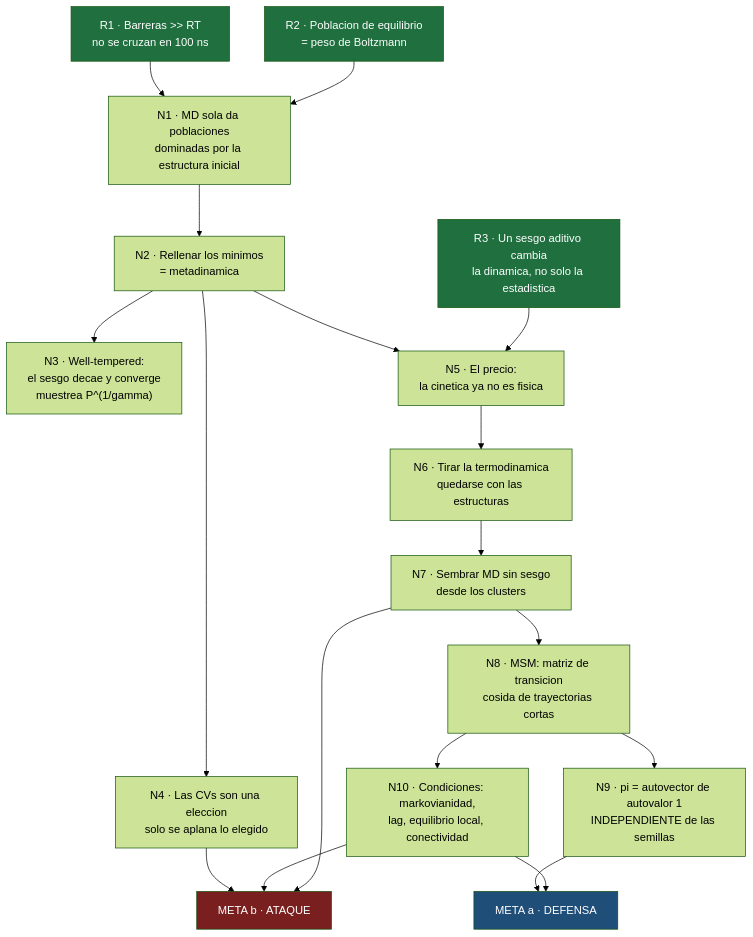
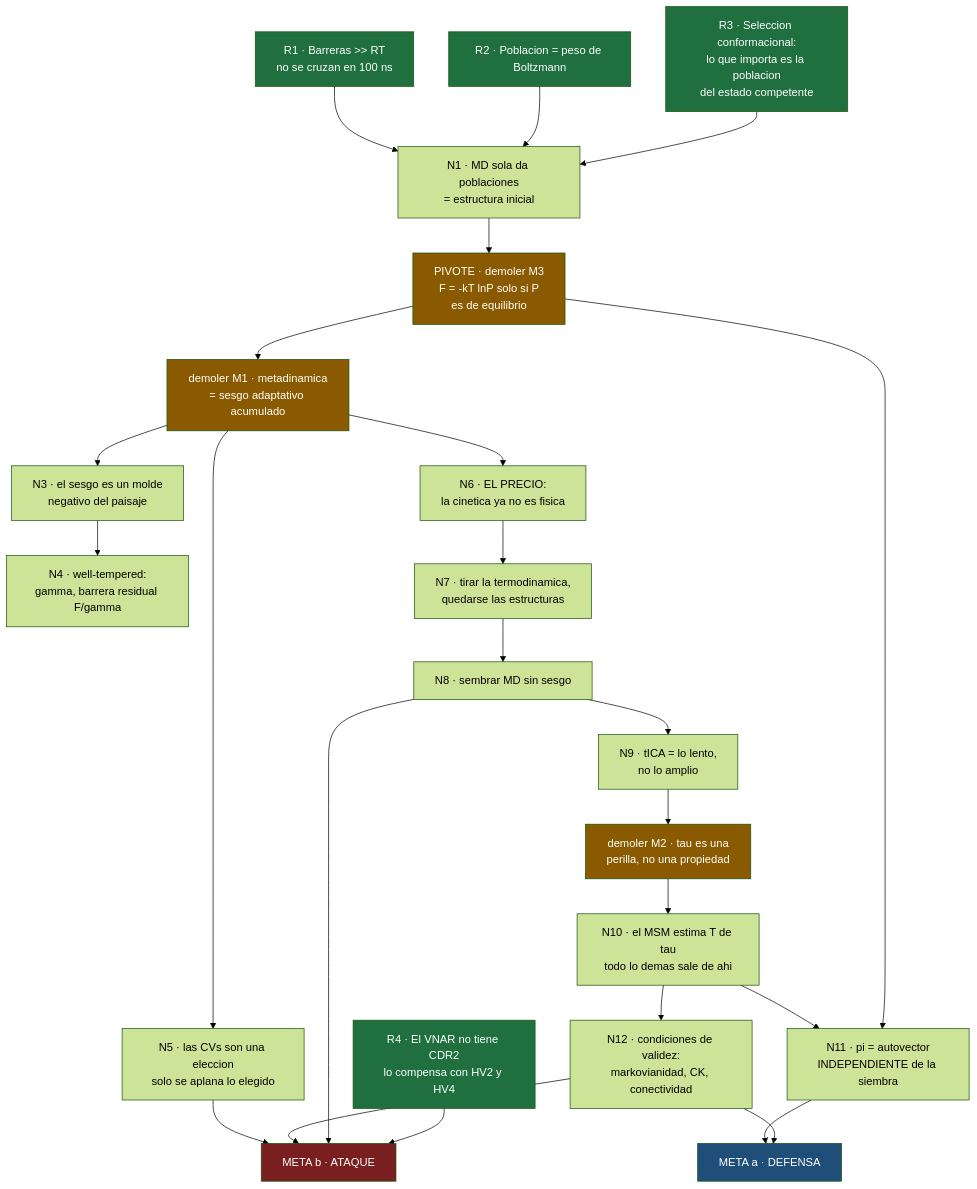
One commit to enzoxxaa/cerebro changed the diagram in learn/Seminario-VNAR/01 Plan de aprendizaje.md. Above: the diagram before and after it, drawn with Mermaid (forest theme). The commit also changed other lines of this file and 3 other files, not shown here.

````diff
--- a/learn/Seminario-VNAR/01 Plan de aprendizaje.md
+++ b/learn/Seminario-VNAR/01 Plan de aprendizaje.md
@@ -47,36 +70,47 @@
 ```mermaid
 graph TD
-    U1["R1 · Barreras >> RT<br/>no se cruzan en 100 ns"]
-    U2["R2 · Poblacion de equilibrio<br/>= peso de Boltzmann"]
-    U3["R3 · Un sesgo aditivo cambia<br/>la dinamica, no solo la estadistica"]
+    R1["R1 · Barreras >> RT<br/>no se cruzan en 100 ns"]
+    R2["R2 · Poblacion = peso de Boltzmann"]
+    R3["R3 · Seleccion conformacional:<br/>lo que importa es la poblacion<br/>del estado competente"]
+    R4["R4 · El VNAR no tiene CDR2<br/>lo compensa con HV2 y HV4"]
 
-    U1 --> P1["N1 · MD sola da poblaciones<br/>dominadas por la estructura inicial"]
-    U2 --> P1
+    R1 --> N1["N1 · MD sola da poblaciones<br/>= estructura inicial"]
+    R2 --> N1
+    R3 --> N1
 
-    P1 --> M1["N2 · Rellenar los minimos<br/>= metadinamica"]
-    M1 --> M2["N3 · Well-tempered:<br/>el sesgo decae y converge<br/>muestrea P^(1/gamma)"]
-    M1 --> CV["N4 · Las CVs son una eleccion<br/>solo se aplana lo elegido"]
+    N1 --> M3X["PIVOTE · demoler M3<br/>F = -kT lnP solo si P<br/>es de equilibrio"]
 
-    M1 --> M3["N5 · El precio:<br/>la cinetica ya no es fisica"]
-    U3 --> M3
+    M3X --> M1X["demoler M1 · metadinamica<br/>= sesgo adaptativo acumulado"]
+    M1X --> W1["N3 · el sesgo es un molde<br/>negativo del paisaje"]
+    W1 --> W2["N4 · well-tempered:<br/>gamma, barrera residual F/gamma"]
+    M1X --> CV["N5 · las CVs son una eleccion<br/>solo se aplana lo elegido"]
+    M1X --> KIN["N6 · EL PRECIO:<br/>la cinetica ya no es fisica"]
 
-    M3 --> R1["N6 · Tirar la termodinamica<br/>quedarse con las estructuras"]
-    R1 --> R2["N7 · Sembrar MD sin sesgo<br/>desde los clusters"]
-    R2 --> MSM1["N8 · MSM: matriz de transicion<br/>cosida de trayectorias cortas"]
+    KIN --> S1["N7 · tirar la termodinamica,<br/>quedarse las estructuras"]
+    S1 --> S2["N8 · sembrar MD sin sesgo"]
 
-    MSM1 --> MSM2["N9 · pi = autovector de autovalor 1<br/>INDEPENDIENTE de las semillas"]
-    MSM1 --> MSM3["N10 · Condiciones: markovianidad,<br/>lag, equilibrio local, conectividad"]
+    S2 --> T1["N9 · tICA = lo lento,<br/>no lo amplio"]
+    T1 --> M2X["demoler M2 · tau es una<br/>perilla, no una propiedad"]
+    M2X --> K1["N10 · el MSM estima T de tau<br/>todo lo demas sale de ahi"]
+    K1 --> K2["N11 · pi = autovector<br/>INDEPENDIENTE de la siembra"]
+    K1 --> K3["N12 · condiciones de validez:<br/>markovianidad, CK, conectividad"]
 
-    MSM2 --> DEF["META a · DEFENSA"]
-    MSM3 --> DEF
+    K2 --> DEF["META a · DEFENSA"]
+    K3 --> DEF
+    M3X --> K2
 
     CV --> ATK["META b · ATAQUE"]
-    MSM3 --> ATK
-    R2 --> ATK
+    K3 --> ATK
+    S2 --> ATK
+    R4 --> ATK
 
-    style U1 fill:#1f6f3f,color:#fff
-    style U2 fill:#1f6f3f,color:#fff
-    style U3 fill:#1f6f3f,color:#fff
+    style R1 fill:#1f6f3f,color:#fff
+    style R2 fill:#1f6f3f,color:#fff
+    style R3 fill:#1f6f3f,color:#fff
+    style R4 fill:#1f6f3f,color:#fff
+    style M3X fill:#8a5a00,color:#fff
+    style M1X fill:#8a5a00,color:#fff
+    style M2X fill:#8a5a00,color:#fff
     style DEF fill:#1f4e79,color:#fff
     style ATK fill:#7a1f1f,color:#fff
 ```
````
